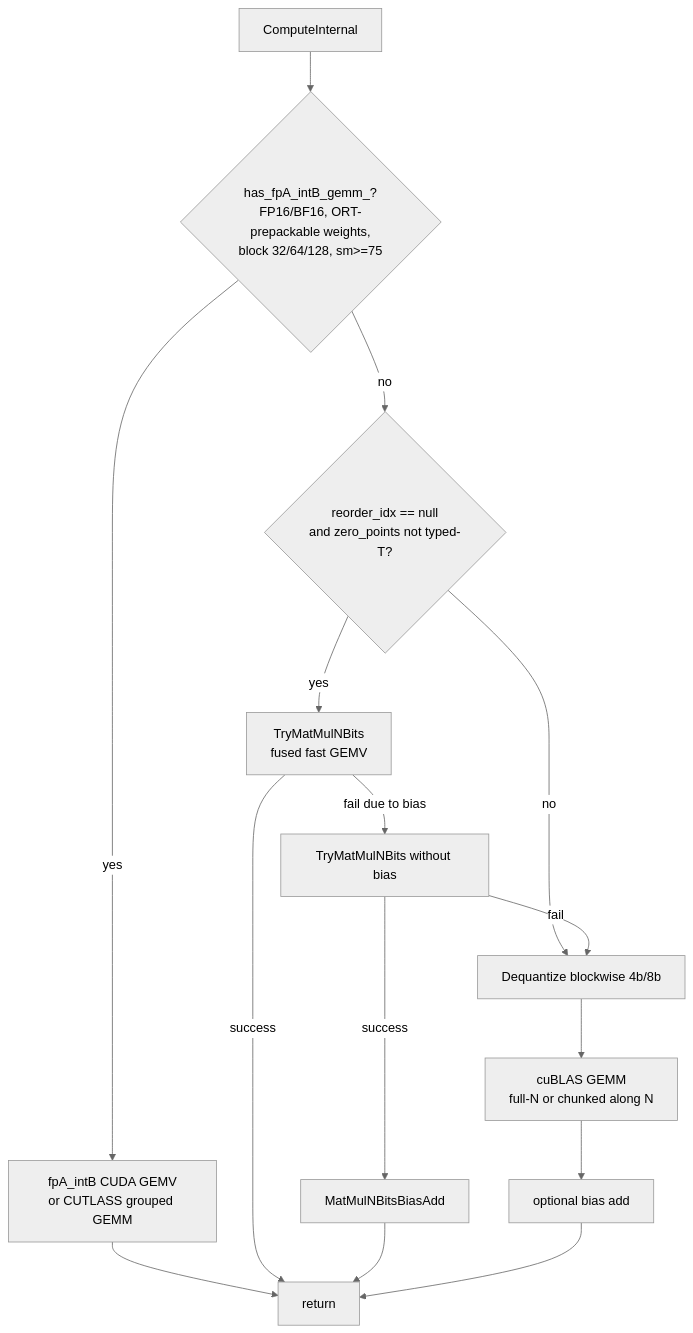
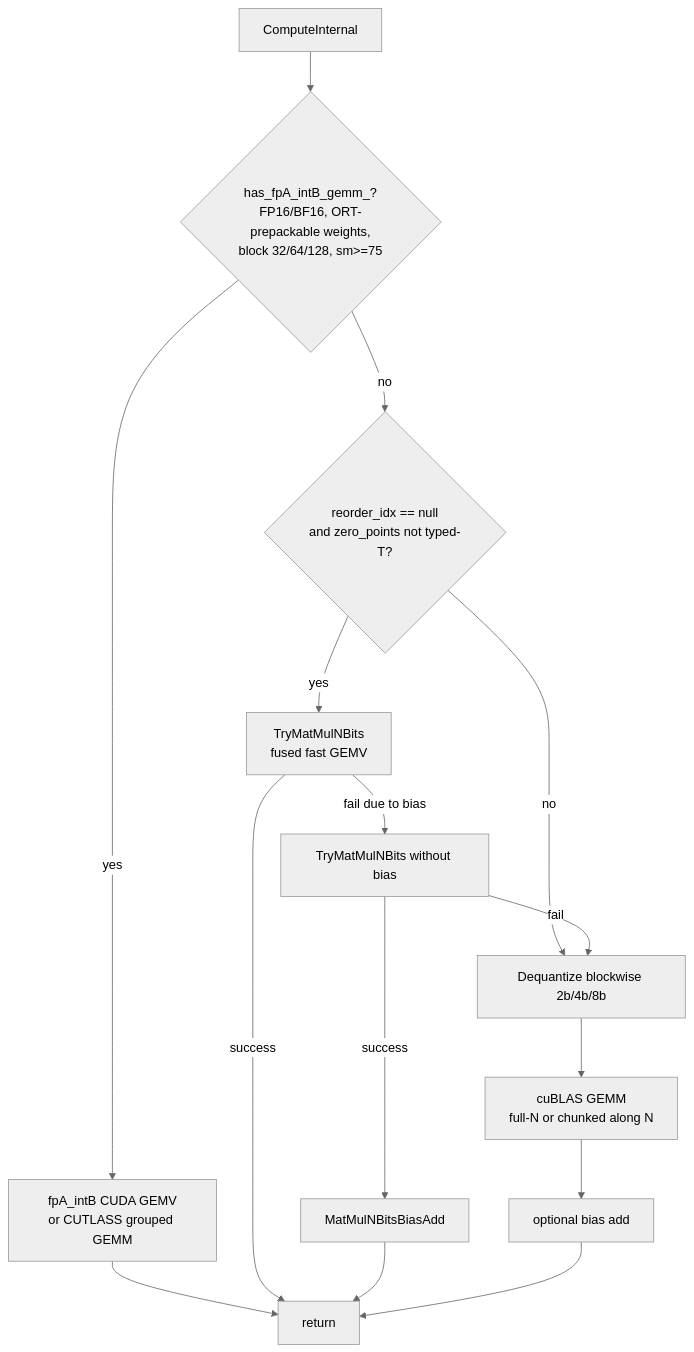
One commit to microsoft/onnxruntime changed the diagram in docs/contrib_ops/cuda/matmul_nbits.md. Above: the diagram before and after it, drawn with Mermaid (neutral theme). The commit also changed other lines of this file and 10 other files, not shown here.

````diff
--- a/docs/contrib_ops/cuda/matmul_nbits.md
+++ b/docs/contrib_ops/cuda/matmul_nbits.md
@@ -118,14 +129,14 @@
 ```mermaid
 flowchart TD
   A[ComputeInternal] --> F{has_fpA_intB_gemm_?<br/>FP16/BF16, ORT-prepackable weights,<br/>block 32/64/128, sm>=75}
   F -- yes --> FP[fpA_intB CUDA GEMV<br/>or CUTLASS grouped GEMM] --> R[return]
   F -- no --> G{reorder_idx == null<br/>and zero_points not typed-T?}
   G -- no --> DQ
   G -- yes --> T1[TryMatMulNBits<br/>fused fast GEMV]
   T1 -- success --> R
   T1 -- fail due to bias --> T2[TryMatMulNBits without bias]
   T2 -- success --> BIAS[MatMulNBitsBiasAdd] --> R
   T2 -- fail --> DQ
-  DQ[Dequantize blockwise 4b/8b] --> GEMM[cuBLAS GEMM<br/>full-N or chunked along N]
+  DQ[Dequantize blockwise 2b/4b/8b] --> GEMM[cuBLAS GEMM<br/>full-N or chunked along N]
   GEMM --> BIAS2[optional bias add] --> R
 ```
````
